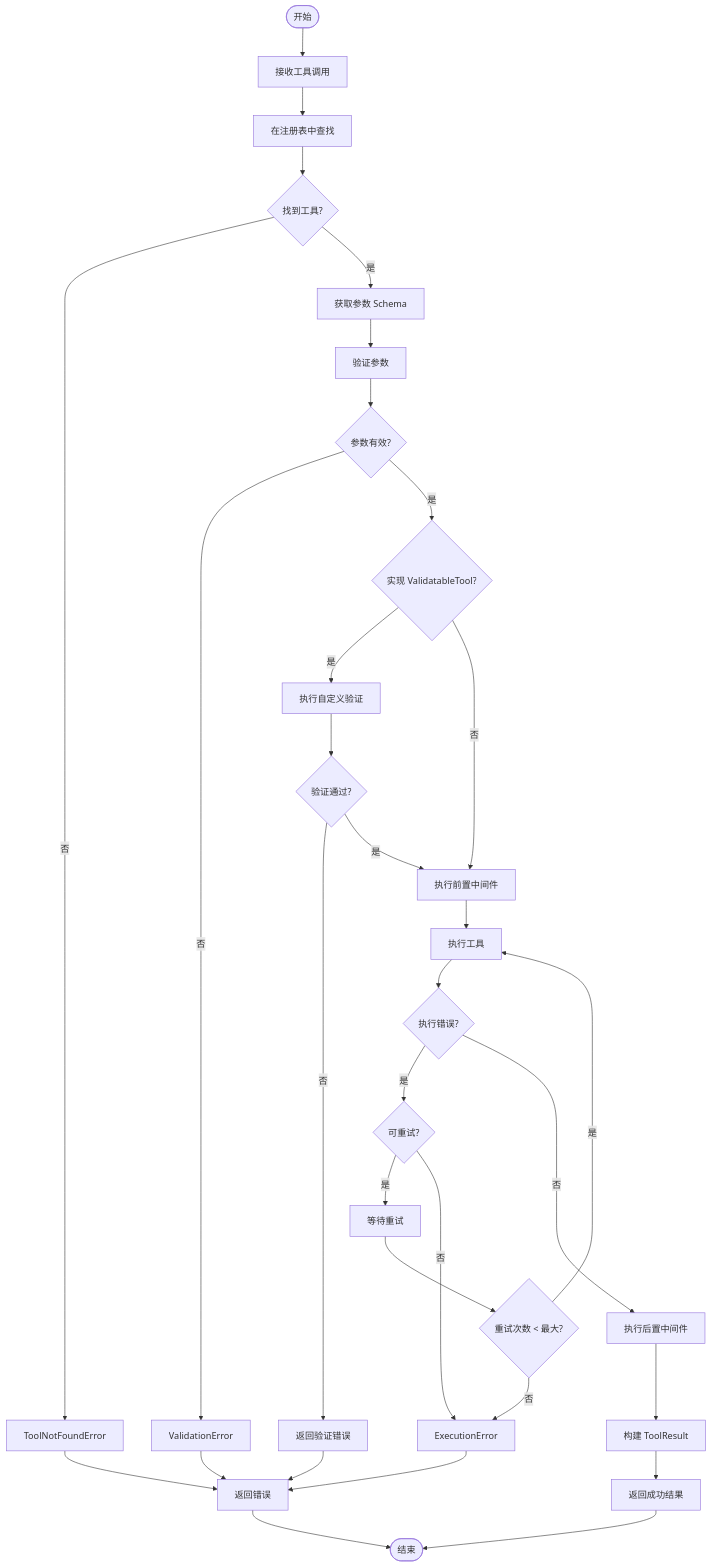
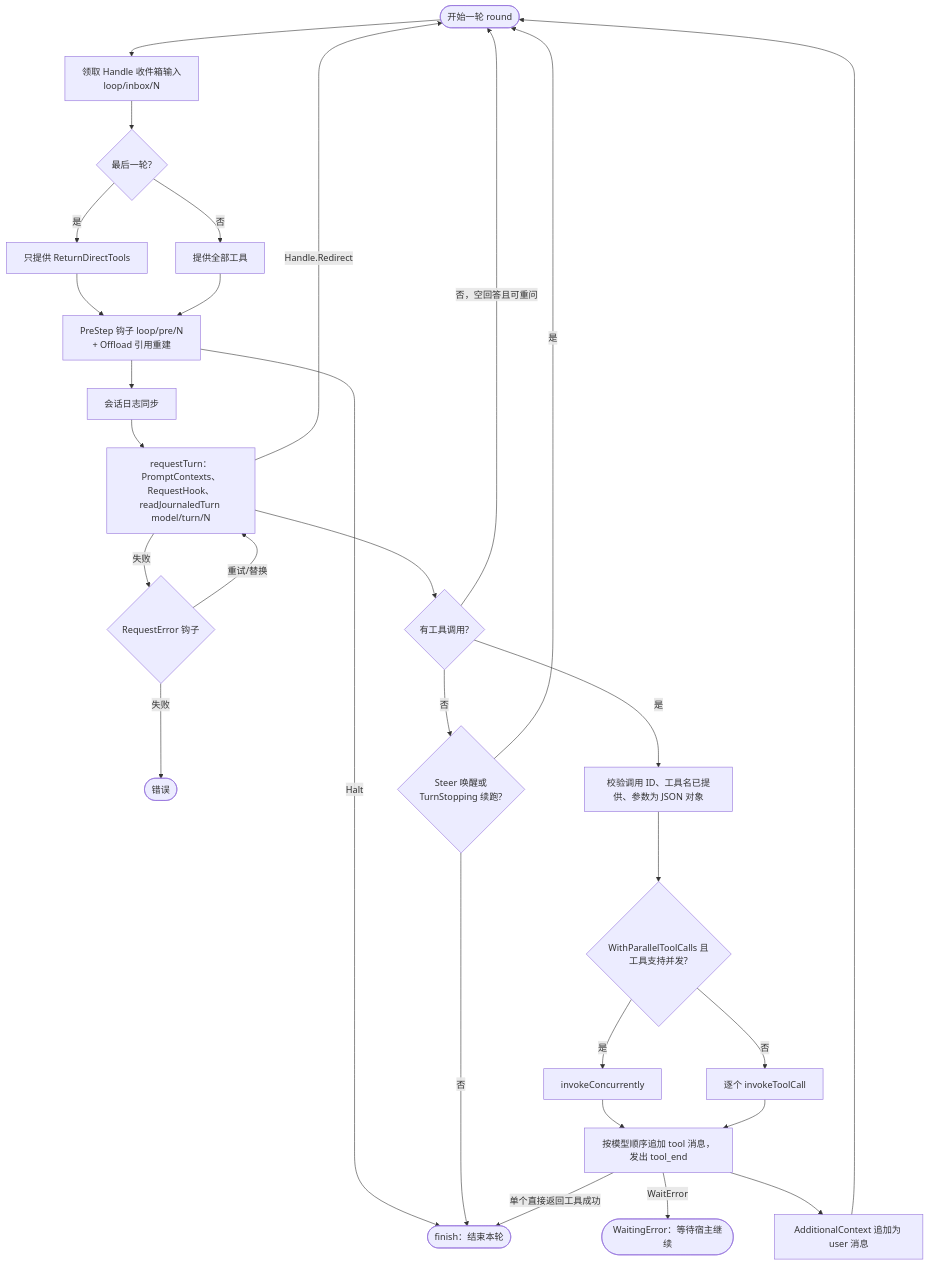
One commit to kart-io/goagent changed the second of 5 diagrams in docs/design/FLOW_DIAGRAMS.md. Above: the diagram before and after it, drawn with Mermaid. The commit also changed other lines of this file and 87 other files, not shown here.

````diff
--- a/docs/design/FLOW_DIAGRAMS.md
+++ b/docs/design/FLOW_DIAGRAMS.md
@@ -136,43 +42,31 @@
 ```mermaid
 flowchart TB
-    START([开始]) --> RECEIVE[接收工具调用]
-    RECEIVE --> LOOKUP[在注册表中查找]
-
-    LOOKUP --> FOUND{找到工具?}
-    FOUND -->|否| NOT_FOUND[ToolNotFoundError]
-    NOT_FOUND --> ERROR_OUT[返回错误]
-
-    FOUND -->|是| GET_SCHEMA[获取参数 Schema]
-    GET_SCHEMA --> VALIDATE[验证参数]
-
-    VALIDATE --> VALID{参数有效?}
-    VALID -->|否| INVALID[ValidationError]
-    INVALID --> ERROR_OUT
-
-    VALID -->|是| CUSTOM_VALID{实现 ValidatableTool?}
-    CUSTOM_VALID -->|是| CUSTOM_CHECK[执行自定义验证]
-    CUSTOM_CHECK --> CUSTOM_OK{验证通过?}
-    CUSTOM_OK -->|否| CUSTOM_ERROR[返回验证错误]
-    CUSTOM_ERROR --> ERROR_OUT
-
-    CUSTOM_VALID -->|否| MW_BEFORE
-    CUSTOM_OK -->|是| MW_BEFORE[执行前置中间件]
-
-    MW_BEFORE --> EXEC[执行工具]
-    EXEC --> EXEC_ERROR{执行错误?}
-
-    EXEC_ERROR -->|是| RETRY_CHECK{可重试?}
-    RETRY_CHECK -->|是| RETRY[等待重试]
-    RETRY --> RETRY_COUNT{重试次数 < 最大?}
-    RETRY_COUNT -->|是| EXEC
-    RETRY_COUNT -->|否| EXEC_FAIL[ExecutionError]
-    RETRY_CHECK -->|否| EXEC_FAIL
-    EXEC_FAIL --> ERROR_OUT
-
-    EXEC_ERROR -->|否| MW_AFTER[执行后置中间件]
-    MW_AFTER --> RESULT[构建 ToolResult]
-    RESULT --> SUCCESS[返回成功结果]
-
-    ERROR_OUT --> END([结束])
-    SUCCESS --> END
+    S([开始一轮 round]) --> INBOX[领取 Handle 收件箱输入<br/>loop/inbox/N]
+    INBOX --> FINAL{最后一轮?}
+    FINAL -->|是| ONLYDIRECT[只提供 ReturnDirectTools]
+    FINAL -->|否| ALL[提供全部工具]
+    ONLYDIRECT --> PRE
+    ALL --> PRE[PreStep 钩子 loop/pre/N<br/>+ Offload 引用重建]
+    PRE -->|Halt| ANSWER
+    PRE --> SYNC[会话日志同步]
+    SYNC --> REQ[requestTurn：PromptContexts、RequestHook、<br/>readJournaledTurn model/turn/N]
+    REQ -->|失败| RE{RequestError 钩子}
+    RE -->|重试/替换| REQ
+    RE -->|失败| ERR([错误])
+    REQ -->|Handle.Redirect| S
+    REQ --> CALLS{有工具调用?}
+    CALLS -->|否，空回答且可重问| S
+    CALLS -->|否| STOP{Steer 唤醒或<br/>TurnStopping 续跑?}
+    STOP -->|是| S
+    STOP -->|否| ANSWER([finish：结束本轮])
+    CALLS -->|是| CHECK[校验调用 ID、工具名已提供、参数为 JSON 对象]
+    CHECK --> EXEC{WithParallelToolCalls 且<br/>工具支持并发?}
+    EXEC -->|是| PAR[invokeConcurrently]
+    EXEC -->|否| SEQ[逐个 invokeToolCall]
+    PAR --> RES[按模型顺序追加 tool 消息，发出 tool_end]
+    SEQ --> RES
+    RES -->|WaitError| WAIT([WaitingError：等待宿主继续])
+    RES -->|单个直接返回工具成功| ANSWER
+    RES --> ADD[AdditionalContext 追加为 user 消息]
+    ADD --> S
 ```
````
